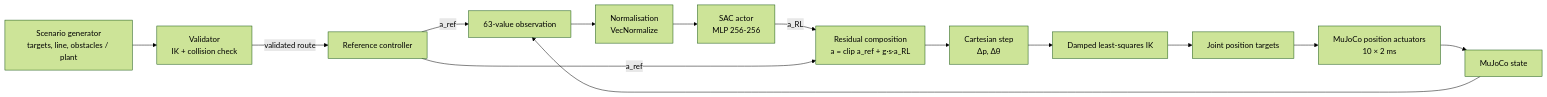
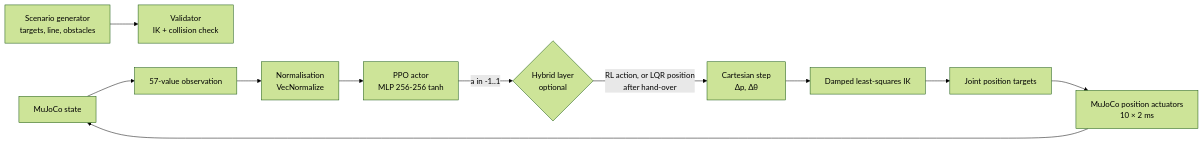
Before and after one commit to Nagisa-ws/ABC_XYZbot: the diagram in README.md, drawn with Mermaid (forest theme). The commit also changed other lines of this file, not shown here.

````diff
--- a/README.md
+++ b/README.md
@@ -76,16 +76,13 @@
 ```mermaid
 flowchart LR
-    S[Scenario generator<br/>targets, line, obstacles / plant] --> V[Validator<br/>IK + collision check]
-    V -->|validated route| R[Reference controller]
-    E[MuJoCo state] --> O[63-value observation]
-    R -->|a_ref| O
+    S[Scenario generator<br/>targets, line, obstacles] --> V[Validator<br/>IK + collision check]
+    E[MuJoCo state] --> O[57-value observation]
     O --> N[Normalisation<br/>VecNormalize]
-    N --> P[SAC actor<br/>MLP 256-256]
-    P -->|a_RL| C[Residual composition<br/>a = clip a_ref + g·s·a_RL]
-    R -->|a_ref| C
-    C --> K[Cartesian step<br/>Δp, Δθ]
+    N --> P[PPO actor<br/>MLP 256-256 tanh]
+    P -->|a in -1..1| H{Hybrid layer<br/>optional}
+    H -->|RL action, or LQR position<br/>after hand-over| K[Cartesian step<br/>Δp, Δθ]
     K --> I[Damped least-squares IK]
     I --> J[Joint position targets]
     J --> M[MuJoCo position actuators<br/>10 × 2 ms]
     M --> E
 ```
````
